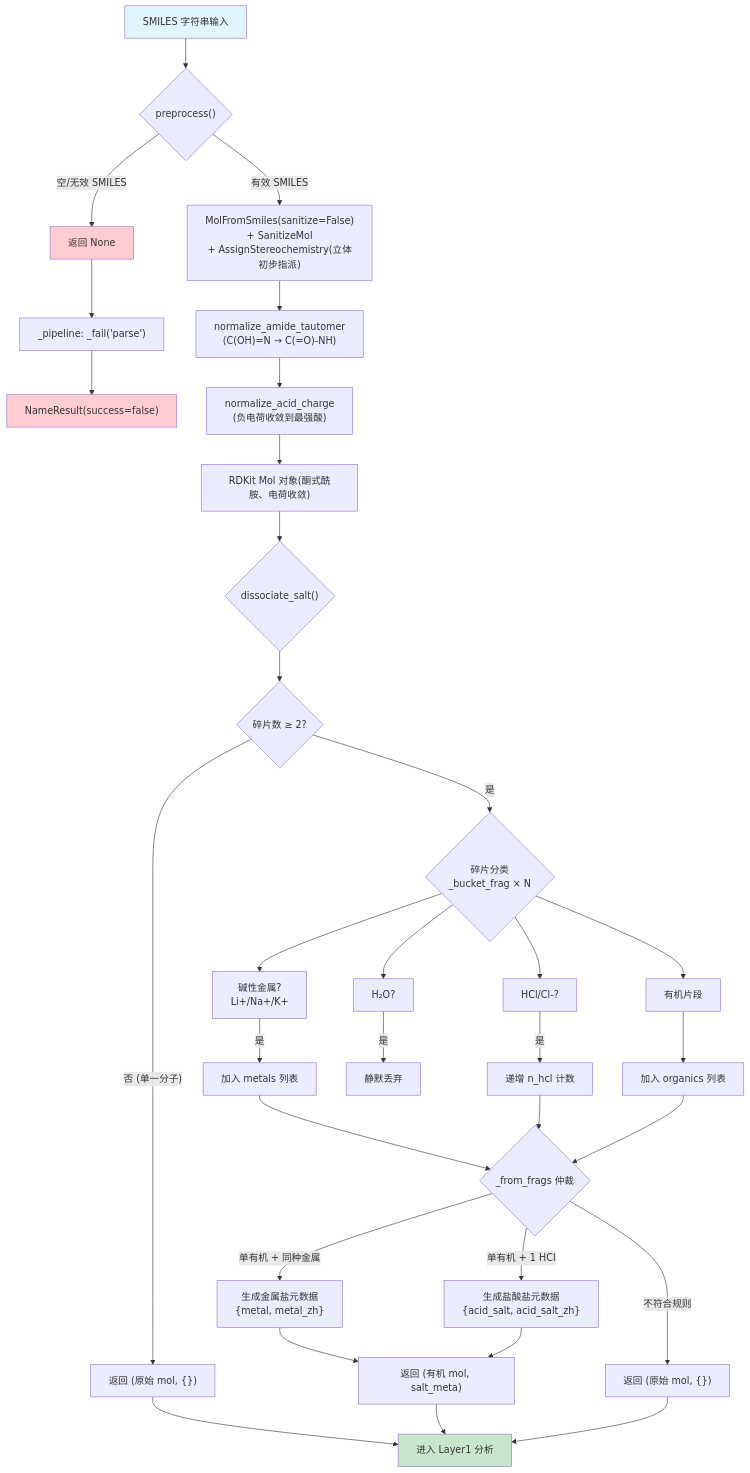
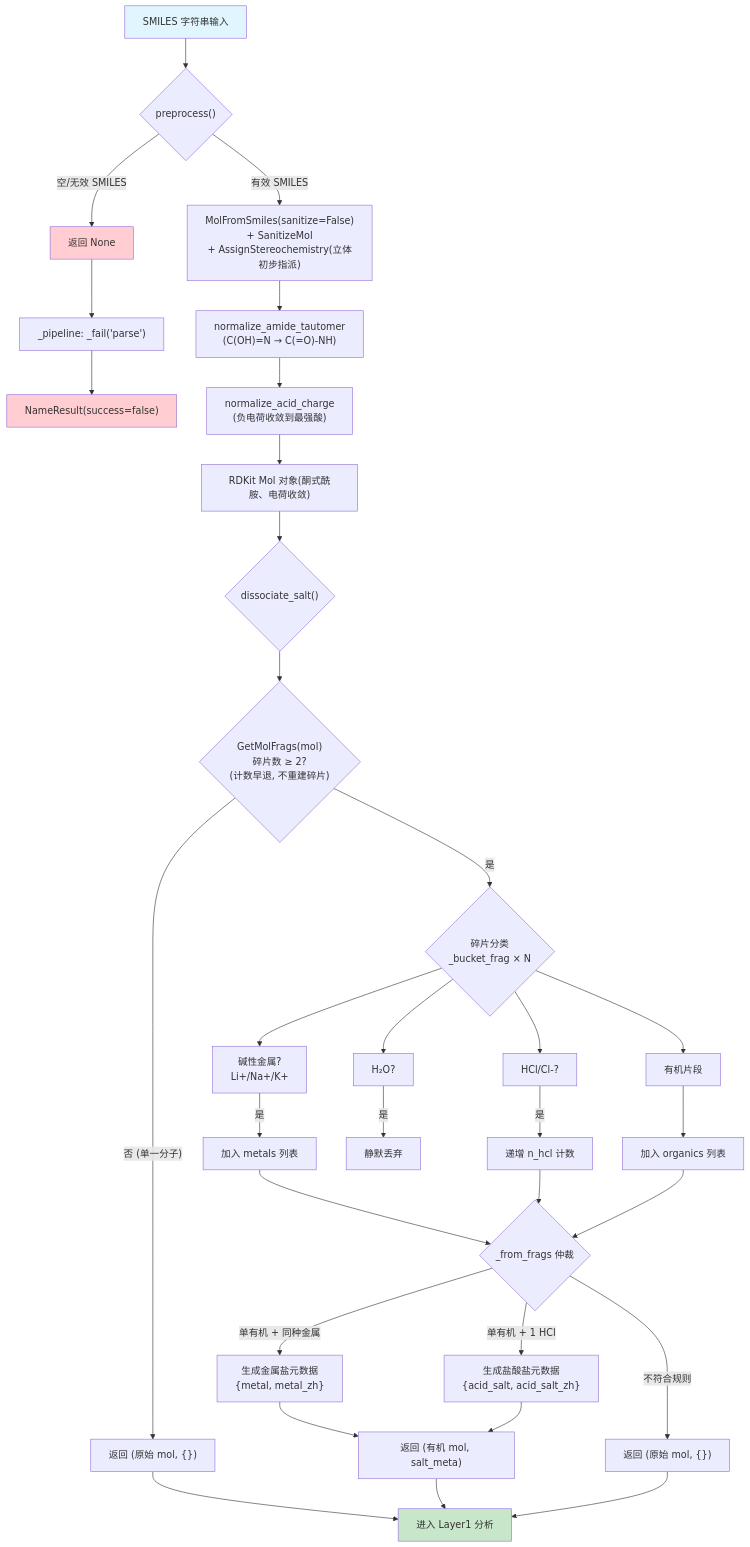
The first of 2 diagrams in docs/wiki/architecture/layer0-preprocessor.md (zouxiaofei1/OpenSMILES), drawn with Mermaid before and after one commit. The commit also changed other lines of this file and 17 other files, not shown here.

````diff
--- a/docs/wiki/architecture/layer0-preprocessor.md
+++ b/docs/wiki/architecture/layer0-preprocessor.md
@@ -187,47 +192,47 @@
 ```mermaid
 flowchart TD
     A["SMILES 字符串输入"] --> B{"preprocess()"}
     B -->|"空/无效 SMILES"| C["返回 None"]
     C --> D["_pipeline: _fail('parse')"]
     D --> E["NameResult(success=false)"]
 
     B -->|"有效 SMILES"| P2["MolFromSmiles(sanitize=False)<br/>+ SanitizeMol<br/>+ AssignStereochemistry(立体初步指派)"]
     P2 --> P3["normalize_amide_tautomer<br/>(C(OH)=N → C(=O)-NH)"]
     P3 --> P3b["normalize_acid_charge<br/>(负电荷收敛到最强酸)"]
     P3b --> F["RDKit Mol 对象(酮式酰胺、电荷收敛)"]
     F --> G{"dissociate_salt()"}
-    G --> H{"碎片数 ≥ 2?"}
+    G --> H{"GetMolFrags(mol)<br/>碎片数 ≥ 2?<br/>(计数早退, 不重建碎片)"}
 
     H -->|"否 (单一分子)"| I["返回 (原始 mol, {})"]
     I --> J["进入 Layer1 分析"]
 
     H -->|"是"| K{"碎片分类\n_bucket_frag × N"}
 
     K --> L["碱性金属?\nLi+/Na+/K+"]
     K --> M["HCl/Cl-?"]
     K --> N["H₂O?"]
     K --> O["有机片段"]
 
     L -->|"是"| P["加入 metals 列表"]
     M -->|"是"| Q["递增 n_hcl 计数"]
     N -->|"是"| R["静默丢弃"]
     O --> R2["加入 organics 列表"]
 
     P --> S{"_from_frags 仲裁"}
     Q --> S
     R2 --> S
 
     S -->|"单有机 + 同种金属"| T["生成金属盐元数据\n{metal, metal_zh}"]
     S -->|"单有机 + 1 HCl"| U["生成盐酸盐元数据\n{acid_salt, acid_salt_zh}"]
     S -->|"不符合规则"| V["返回 (原始 mol, {})"]
 
     T --> W["返回 (有机 mol, salt_meta)"]
     U --> W
     W --> J
     V --> J
 
     style A fill:#e1f5fe
     style E fill:#ffcdd2
     style J fill:#c8e6c9
     style C fill:#ffcdd2
 ```
````
